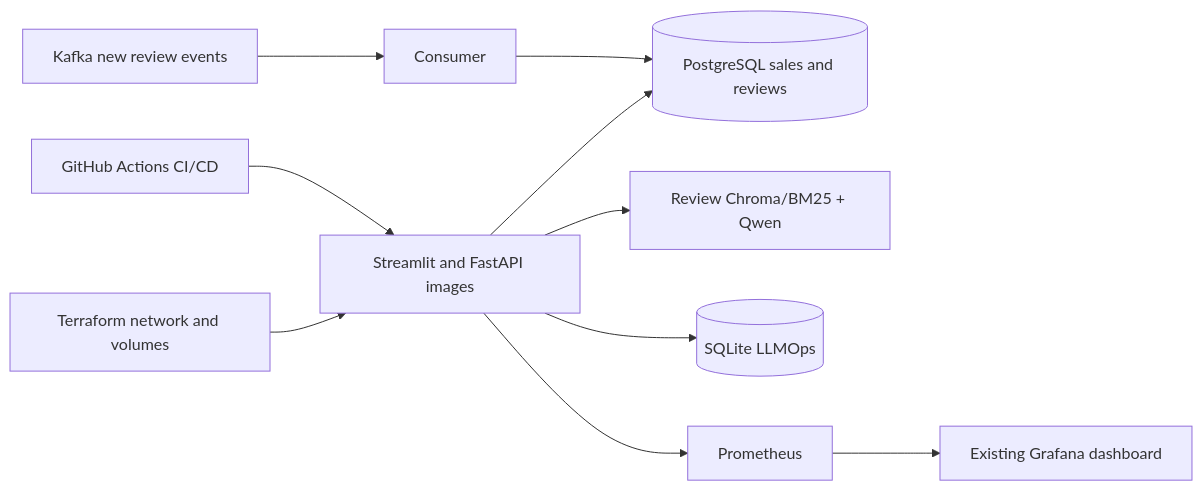
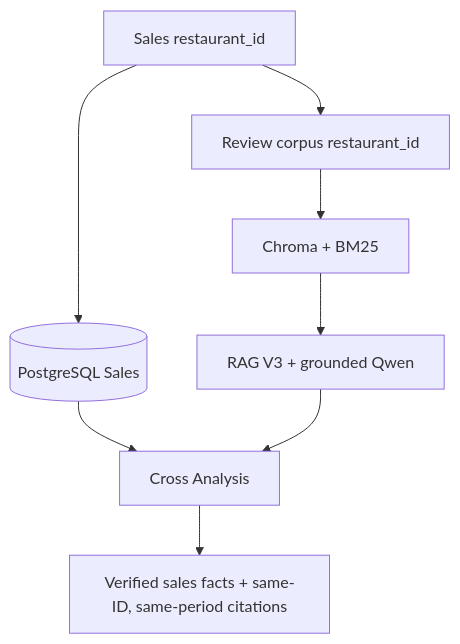
Before and after one commit to IAmNDTK1230/MLLOps-Food_data: the second of 2 diagrams in docs/RAG_SALES_ARCHITECTURE.md, drawn with Mermaid. The commit also changed other lines of this file and 56 other files, not shown here.

Commit message:
feat: align review corpus with sales restaurant ids

````diff
--- a/docs/RAG_SALES_ARCHITECTURE.md
+++ b/docs/RAG_SALES_ARCHITECTURE.md
@@ -40,10 +27,10 @@
 ```mermaid
-flowchart LR
-  GH[GitHub Actions CI/CD] --> APP[Streamlit and FastAPI images]
-  TF[Terraform network and volumes] --> APP
-  APP --> PG[(PostgreSQL sales and reviews)]
-  APP --> RAG[Review Chroma/BM25 + Qwen]
-  APP --> SQ[(SQLite LLMOps)]
-  APP --> PR[Prometheus] --> GR[Existing Grafana dashboard]
-  K[Kafka new review events] --> CO[Consumer] --> PG
+flowchart TB
+  ID[Sales restaurant_id] --> SQL[(PostgreSQL Sales)]
+  ID --> R[Review corpus restaurant_id]
+  R --> IDX[Chroma + BM25]
+  IDX --> RAG[RAG V3 + grounded Qwen]
+  SQL --> X[Cross Analysis]
+  RAG --> X
+  X --> OUT[Verified sales facts + same-ID, same-period citations]
 ```
````
